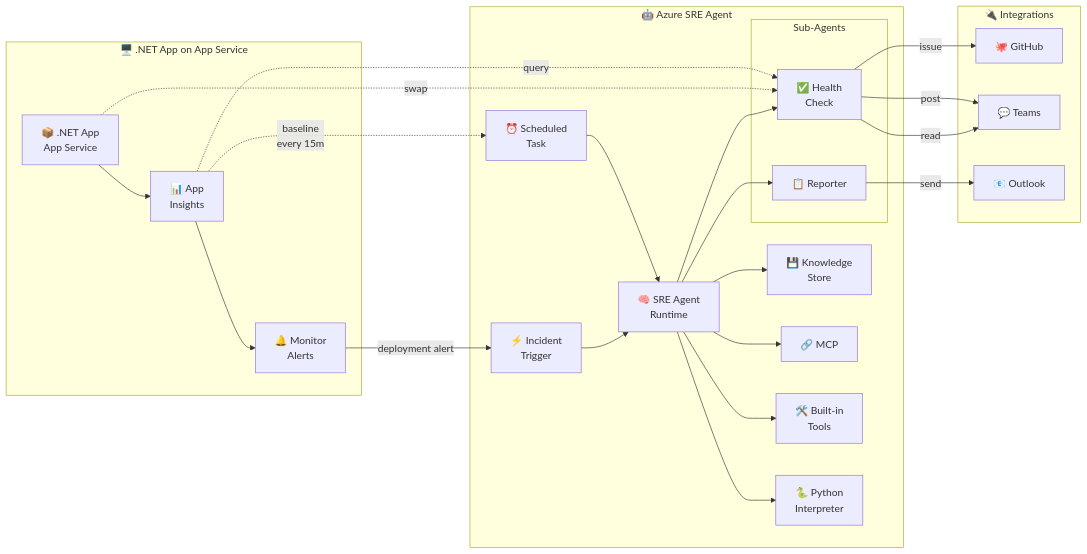
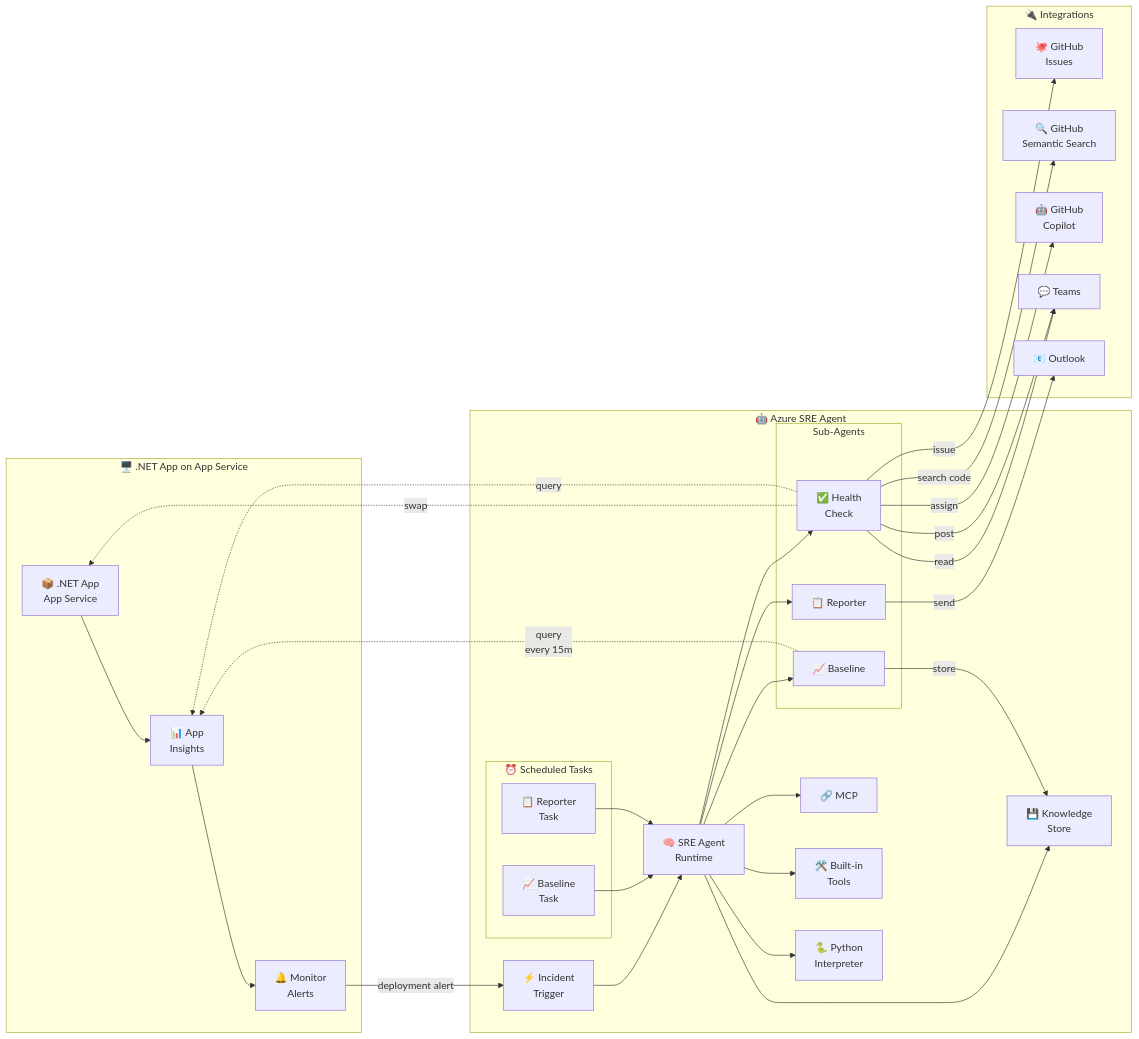
The first of 2 diagrams in README.md (meetshamir/dotnetday), drawn with Mermaid before and after one commit.

Commit message:
Fix architecture diagram arrow directions

````diff
--- a/README.md
+++ b/README.md
@@ -28,53 +28,66 @@
 ```mermaid
 graph LR
     subgraph AppService["🖥️ .NET App on App Service"]
         APP["📦 .NET App<br/>App Service"]
         INSIGHTS["📊 App<br/>Insights"]
         ALERTS["🔔 Monitor<br/>Alerts"]
         APP --> INSIGHTS
         INSIGHTS --> ALERTS
     end
 
     subgraph SREAgent["🤖 Azure SRE Agent"]
         INCIDENT["⚡ Incident<br/>Trigger"]
-        SCHEDULED["⏰ Scheduled<br/>Task"]
+        
+        subgraph ScheduledTasks["⏰ Scheduled Tasks"]
+            SCHED_BASELINE["📈 Baseline<br/>Task"]
+            SCHED_REPORTER["📋 Reporter<br/>Task"]
+        end
+        
         RUNTIME["🧠 SRE Agent<br/>Runtime"]
         
         subgraph SubAgents["Sub-Agents"]
+            BASELINE["📈 Baseline"]
             HEALTH["✅ Health<br/>Check"]
             REPORTER["📋 Reporter"]
         end
         
         INCIDENT --> RUNTIME
-        SCHEDULED --> RUNTIME
+        SCHED_BASELINE --> RUNTIME
+        SCHED_REPORTER --> RUNTIME
+        RUNTIME --> BASELINE
         RUNTIME --> HEALTH
         RUNTIME --> REPORTER
         
         KNOWLEDGE["💾 Knowledge<br/>Store"]
         MCP["🔗 MCP"]
         TOOLS["🛠️ Built-in<br/>Tools"]
         PYTHON["🐍 Python<br/>Interpreter"]
         
         RUNTIME --> KNOWLEDGE
         RUNTIME --> MCP
         RUNTIME --> TOOLS
         RUNTIME --> PYTHON
     end
 
     subgraph Integrations["🔌 Integrations"]
-        GITHUB["🐙 GitHub"]
+        GITHUB["🐙 GitHub<br/>Issues"]
+        GHSEARCH["🔍 GitHub<br/>Semantic Search"]
+        COPILOT["🤖 GitHub<br/>Copilot"]
         TEAMS["💬 Teams"]
         OUTLOOK["📧 Outlook"]
     end
 
     %% Cross-boundary connections
     ALERTS -->|"deployment alert"| INCIDENT
-    APP -.->|"swap"| HEALTH
-    INSIGHTS -.->|"query"| HEALTH
-    INSIGHTS -.->|"baseline<br/>every 15m"| SCHEDULED
+    HEALTH -.->|"swap"| APP
+    HEALTH -.->|"query"| INSIGHTS
+    BASELINE -.->|"query<br/>every 15m"| INSIGHTS
     
+    BASELINE -->|"store"| KNOWLEDGE
     HEALTH -->|"issue"| GITHUB
+    HEALTH -->|"search code"| GHSEARCH
+    HEALTH -->|"assign"| COPILOT
     HEALTH -->|"read"| TEAMS
     HEALTH -->|"post"| TEAMS
     REPORTER -->|"send"| OUTLOOK
 ```
````
